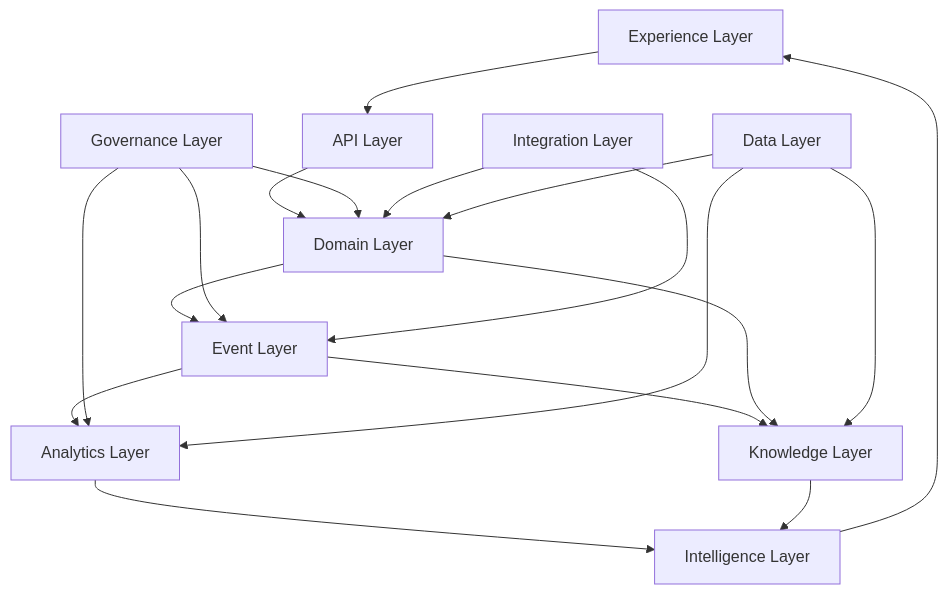
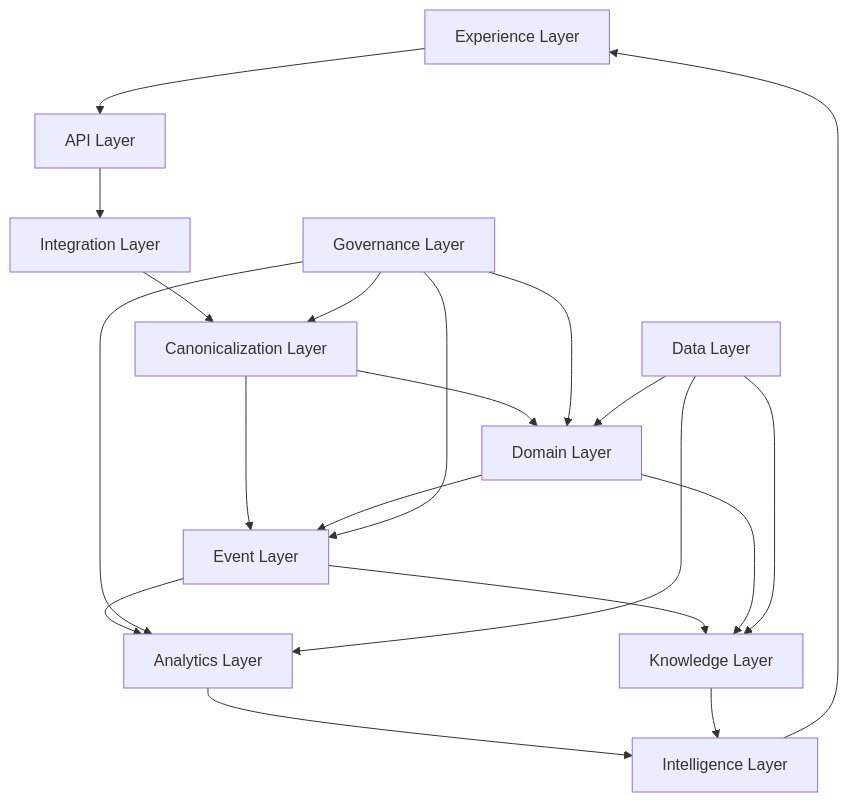
Before and after one commit to noxthor/edip: the first of 10 diagrams in docs/ARCHITECTURE.md, drawn with Mermaid. The commit also changed other lines of this file and 1 other file, not shown here.

Commit message:
architecture: udpates architecture artefact

````diff
--- a/docs/ARCHITECTURE.md
+++ b/docs/ARCHITECTURE.md
@@ -88,31 +89,34 @@
 ```mermaid
 flowchart TB
   Experience[Experience Layer]
   API[API Layer]
+  Integration[Integration Layer]
+  Canonicalization[Canonicalization Layer]
   Domain[Domain Layer]
   Event[Event Layer]
   Analytics[Analytics Layer]
   Knowledge[Knowledge Layer]
   Intelligence[Intelligence Layer]
   Governance[Governance Layer]
-  Integration[Integration Layer]
   Data[Data Layer]
 
   Experience --> API
-  API --> Domain
+  API --> Integration
+  Integration --> Canonicalization
+  Canonicalization --> Domain
+  Canonicalization --> Event
   Domain --> Event
   Event --> Analytics
   Analytics --> Intelligence
   Event --> Knowledge
   Domain --> Knowledge
   Knowledge --> Intelligence
   Intelligence --> Experience
   Governance --> Domain
   Governance --> Event
   Governance --> Analytics
-  Integration --> Domain
-  Integration --> Event
+  Governance --> Canonicalization
   Data --> Domain
   Data --> Analytics
   Data --> Knowledge
 ```
````
